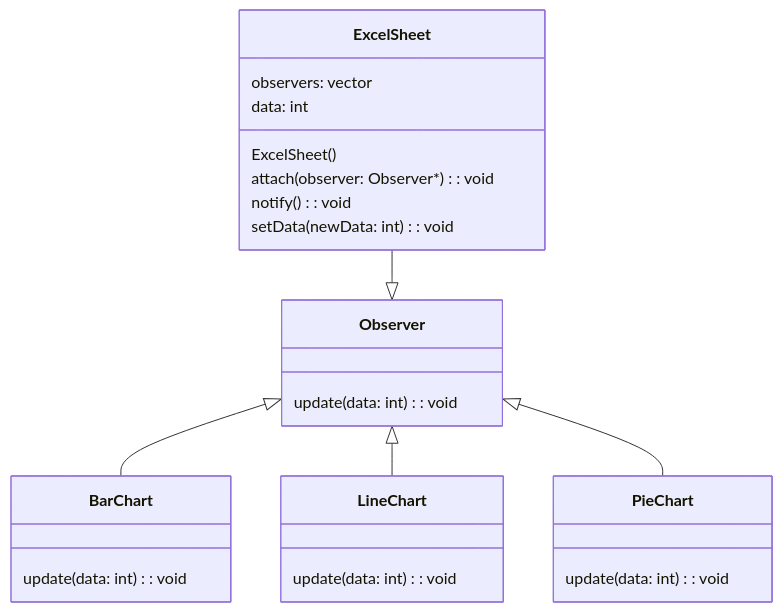
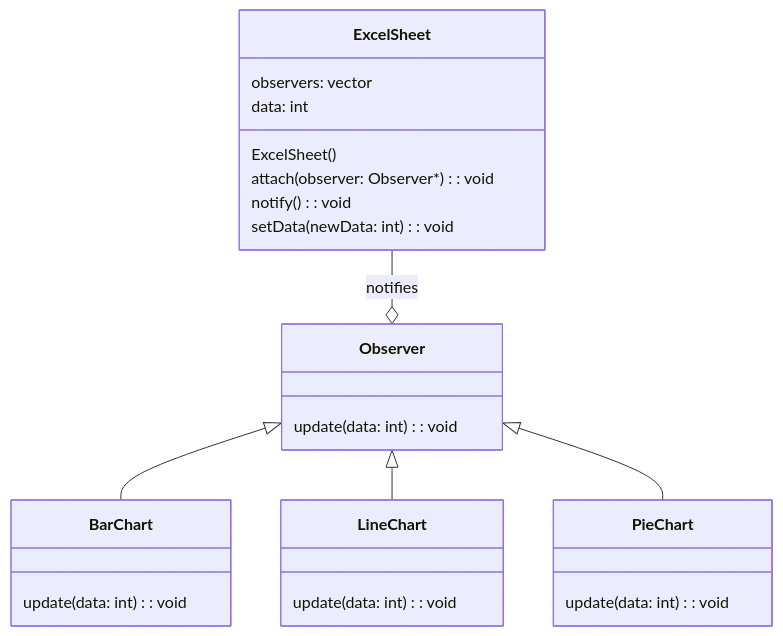
The third of 3 diagrams in Spaces/Unreal Engine/스파르타/디자인 패턴.md (gemini9764/obsidian_remote), drawn with Mermaid before and after one commit. The commit also changed other lines of this file and 5 other files, not shown here.

````diff
--- a/Spaces/Unreal Engine/스파르타/디자인 패턴.md
+++ b/Spaces/Unreal Engine/스파르타/디자인 패턴.md
@@ -295,27 +296,27 @@
 ```mermaid
 classDiagram
-ExcelSheet --|> Observer
+ExcelSheet --o Observer : notifies
 Observer <|-- BarChart
 Observer <|-- LineChart
 Observer <|-- PieChart
 class ExcelSheet{
 observers: vector<Observer*>
 data: int
 ExcelSheet()
 attach(observer: Observer*): void
 notify(): void
 setData(newData: int): void
 }
 class Observer{
 update(data: int): void
 }
 class BarChart{
 update(data: int): void
 }
 class LineChart{
 update(data: int): void
 }
 class PieChart{
 update(data: int): void
 }
 ```
````
